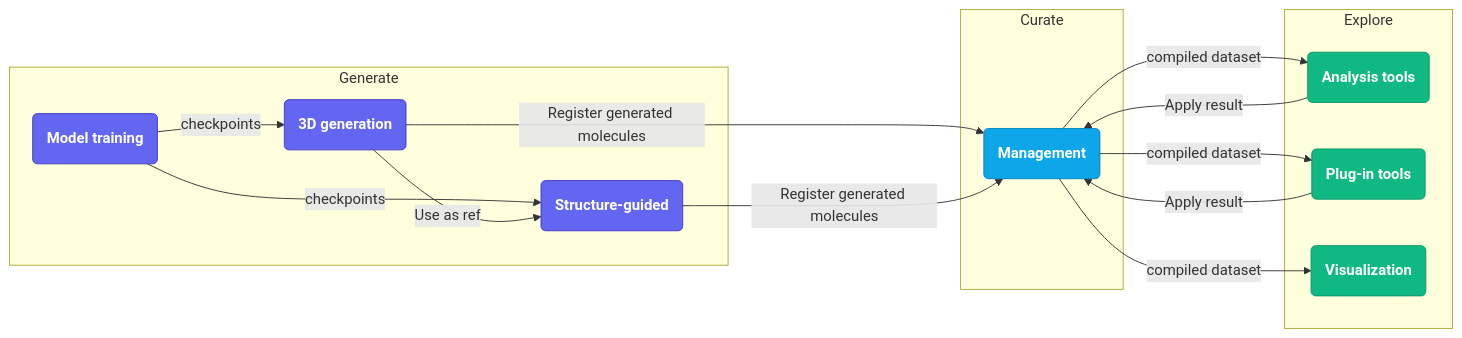
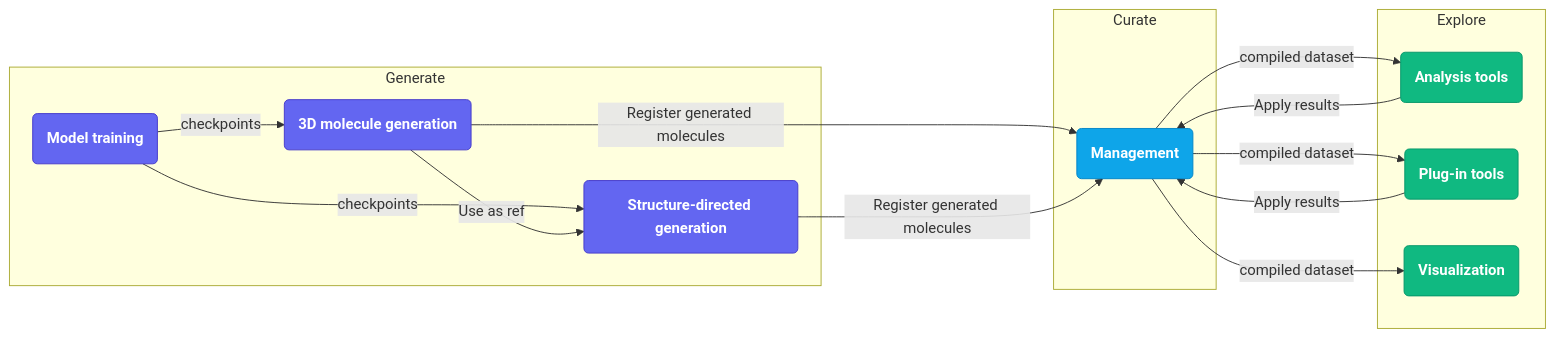
The diagram in docs/ui-overview.md (lcmd-epfl/AutomaticMolCraft), drawn with Mermaid before and after one commit. The commit also changed other lines of this file and 10 other files, not shown here.

````diff
--- a/docs/ui-overview.md
+++ b/docs/ui-overview.md
@@ -29,37 +29,37 @@
 ```mermaid
 flowchart LR
     classDef gen   fill:#6366f1,stroke:#4338ca,color:#fff,font-weight:bold
     classDef cur   fill:#0ea5e9,stroke:#0284c7,color:#fff,font-weight:bold
     classDef exp   fill:#10b981,stroke:#059669,color:#fff,font-weight:bold
 
     subgraph GENERATE["Generate"]
         MT("Model training")
-        GEN("3D generation")
-        SG("Structure-guided")
+        GEN("3D molecule generation")
+        SG("Structure-directed generation")
     end
 
     subgraph CURATE["Curate"]
         MG("Management")
     end
 
     subgraph EXPLORE["Explore"]
         AT("Analysis tools")
         PT("Plug-in tools")
         VIZ("Visualization")
     end
 
     MT -- "checkpoints" --> GEN
     MT -- "checkpoints" --> SG
     GEN -- "Use as ref" --> SG
     GEN -- "Register generated molecules" --> MG
     SG -- "Register generated molecules" --> MG
     MG -- "compiled dataset" --> AT
     MG -- "compiled dataset" --> PT
     MG -- "compiled dataset" --> VIZ
-    AT -- "Apply result" --> MG
-    PT -- "Apply result" --> MG
+    AT -- "Apply results" --> MG
+    PT -- "Apply results" --> MG
 
     class MT,GEN,SG gen
     class MG cur
     class AT,PT,VIZ exp
 ```
````
